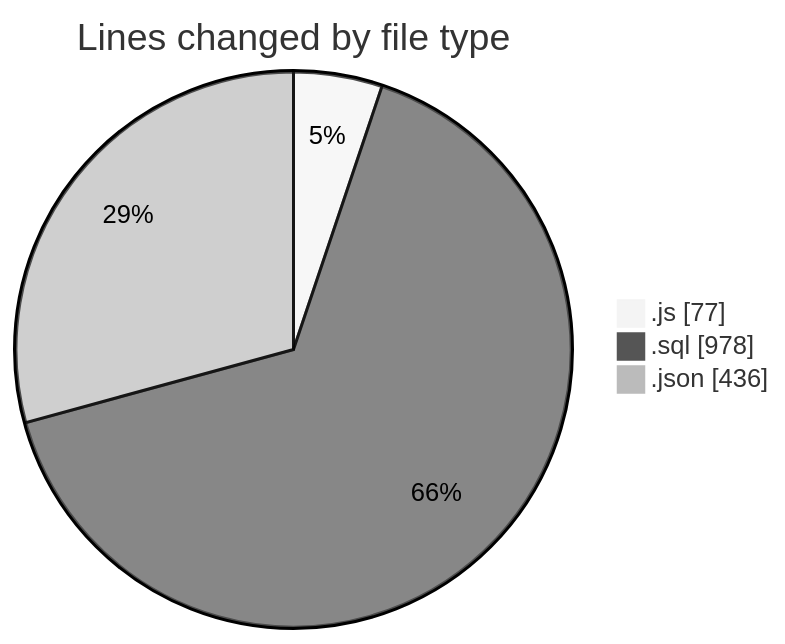
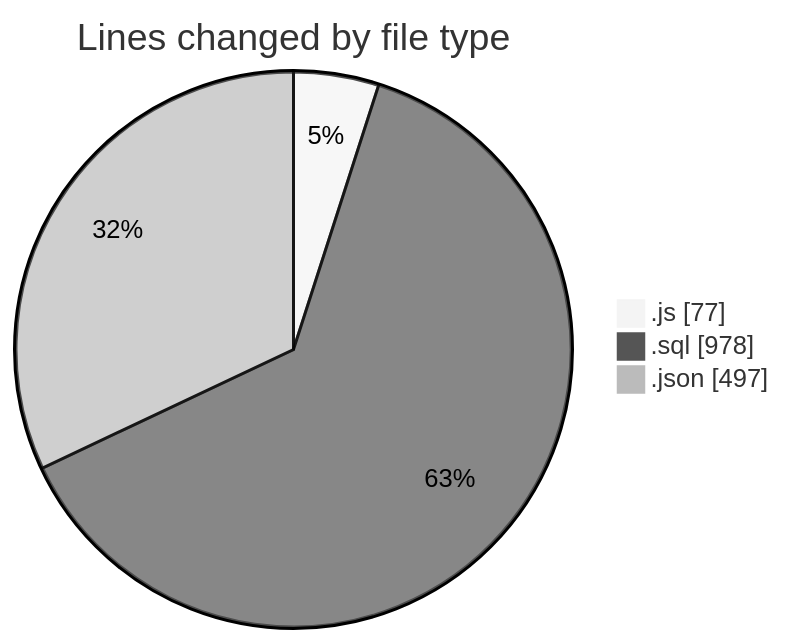
Before and after one commit to momahboobian/code-tracking: the first of 2 diagrams in 2026-05-20/cda/README.md, drawn with Mermaid (neutral theme). The commit also changed other lines of this file and 1 other file, not shown here.

````diff
--- a/2026-05-20/cda/README.md
+++ b/2026-05-20/cda/README.md
@@ -25,7 +25,7 @@
 ```mermaid
 pie showData
 title Lines changed by file type
 ".js" : 77
 ".sql" : 978
-".json" : 436
+".json" : 497
 ```
````
